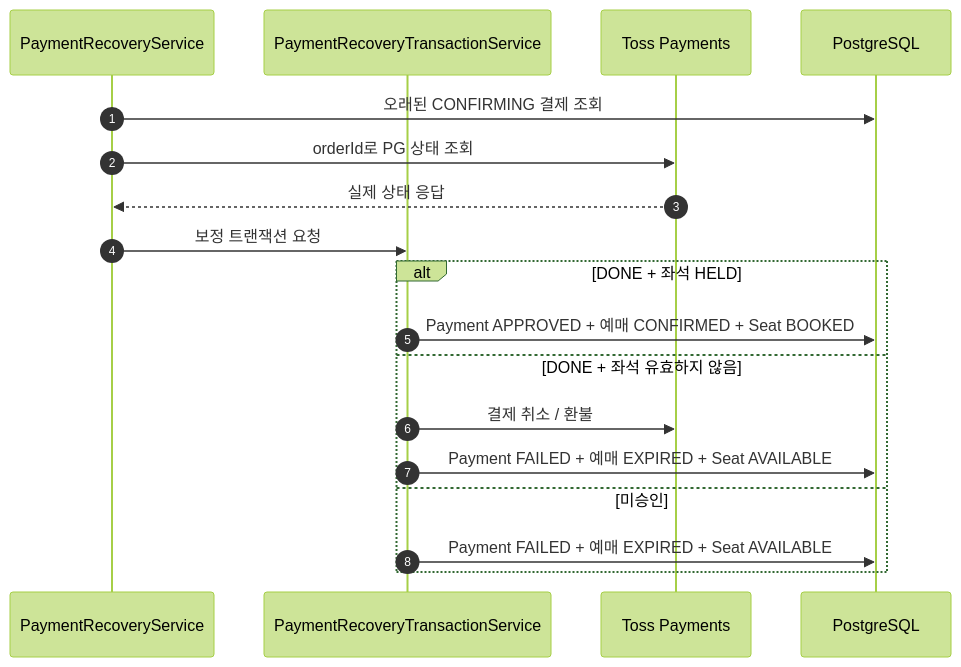
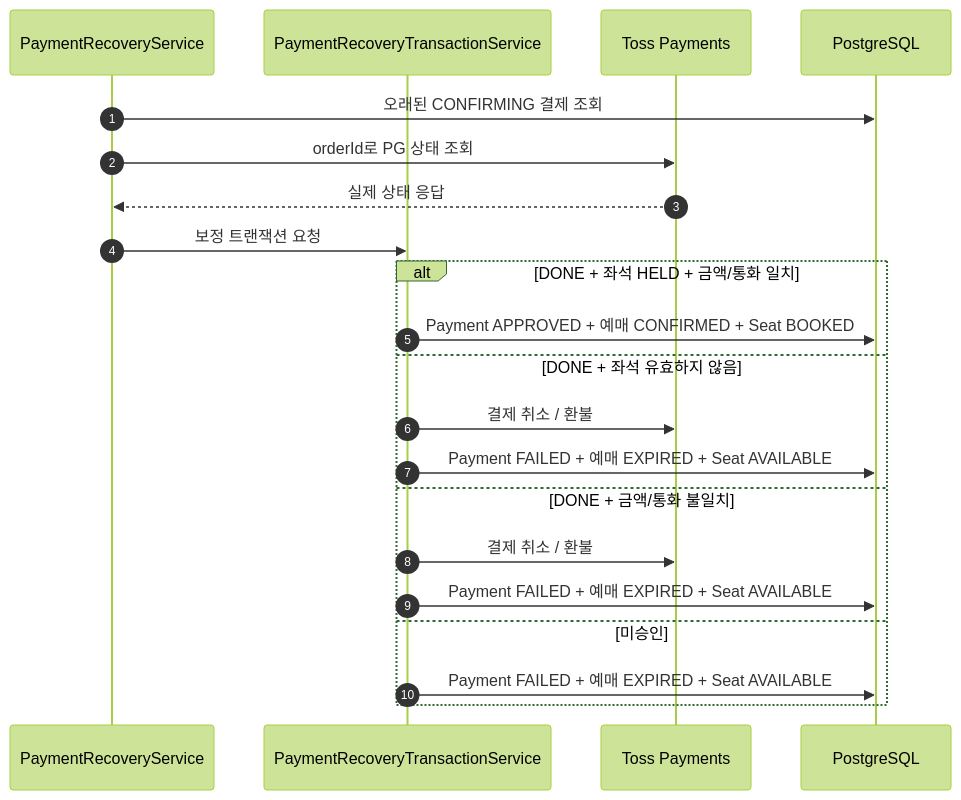
One commit to jpjg-dev/ticket_be changed the third of 3 diagrams in README.md. Above: the diagram before and after it, drawn with Mermaid (forest theme). The commit also changed other lines of this file and 1 other file, not shown here.

````diff
--- a/README.md
+++ b/README.md
@@ -169,22 +171,25 @@
 ```mermaid
 sequenceDiagram
     autonumber
     participant Recovery as PaymentRecoveryService
     participant Tx as PaymentRecoveryTransactionService
     participant Toss as Toss Payments
     participant DB as PostgreSQL
 
     Recovery->>DB: 오래된 CONFIRMING 결제 조회
     Recovery->>Toss: orderId로 PG 상태 조회
     Toss-->>Recovery: 실제 상태 응답
     Recovery->>Tx: 보정 트랜잭션 요청
 
-    alt DONE + 좌석 HELD
+    alt DONE + 좌석 HELD + 금액/통화 일치
         Tx->>DB: Payment APPROVED + 예매 CONFIRMED + Seat BOOKED
     else DONE + 좌석 유효하지 않음
+        Tx->>Toss: 결제 취소 / 환불
+        Tx->>DB: Payment FAILED + 예매 EXPIRED + Seat AVAILABLE
+    else DONE + 금액/통화 불일치
         Tx->>Toss: 결제 취소 / 환불
         Tx->>DB: Payment FAILED + 예매 EXPIRED + Seat AVAILABLE
     else 미승인
         Tx->>DB: Payment FAILED + 예매 EXPIRED + Seat AVAILABLE
     end
 ```
````
